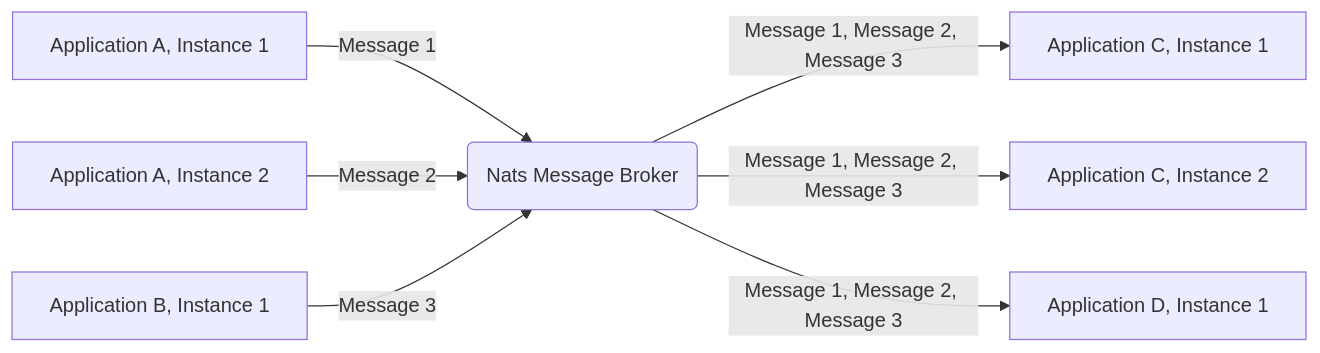
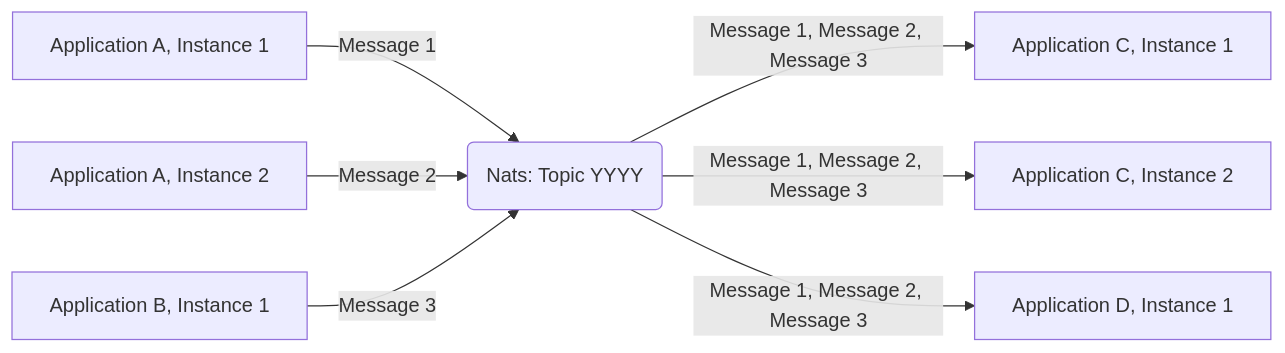
One commit to Soontao/cds-nats changed the second of 3 diagrams in README.md. Above: the diagram before and after it, drawn with Mermaid. The commit also changed other lines of this file, not shown here.

Commit message:
feat: doc update

````diff
--- a/README.md
+++ b/README.md
@@ -54,13 +54,13 @@
 ```mermaid
 graph LR
 
 Publisher_1[Application A, Instance 1] -->|Message 1| Nats
 Publisher_2[Application A, Instance 2] -->|Message 2| Nats
 Publisher_3[Application B, Instance 1] -->|Message 3| Nats
 
-Nats(Nats Message Broker)
+Nats(Nats: Topic YYYY)
 
 Nats -->|Message 1, Message 2, Message 3| Subscriber_1[Application C, Instance 1]
 Nats -->|Message 1, Message 2, Message 3| Subscriber_2[Application C, Instance 2]
 Nats -->|Message 1, Message 2, Message 3| Subscriber_3[Application D, Instance 1]
 ```
````
